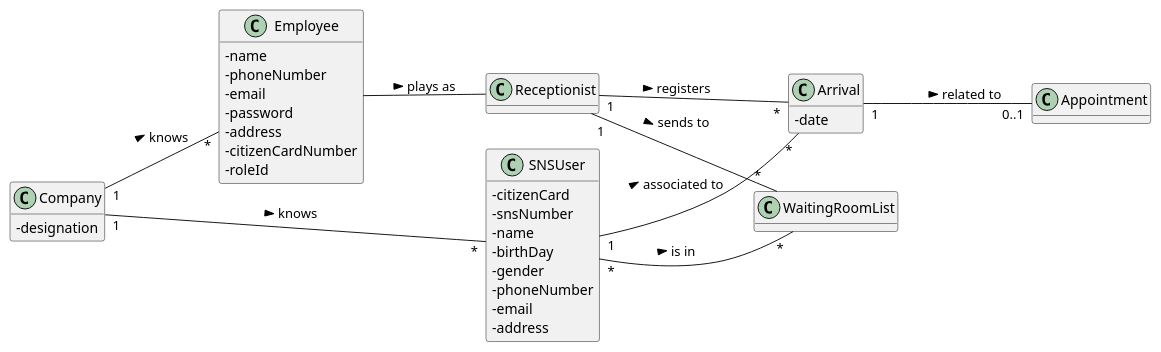
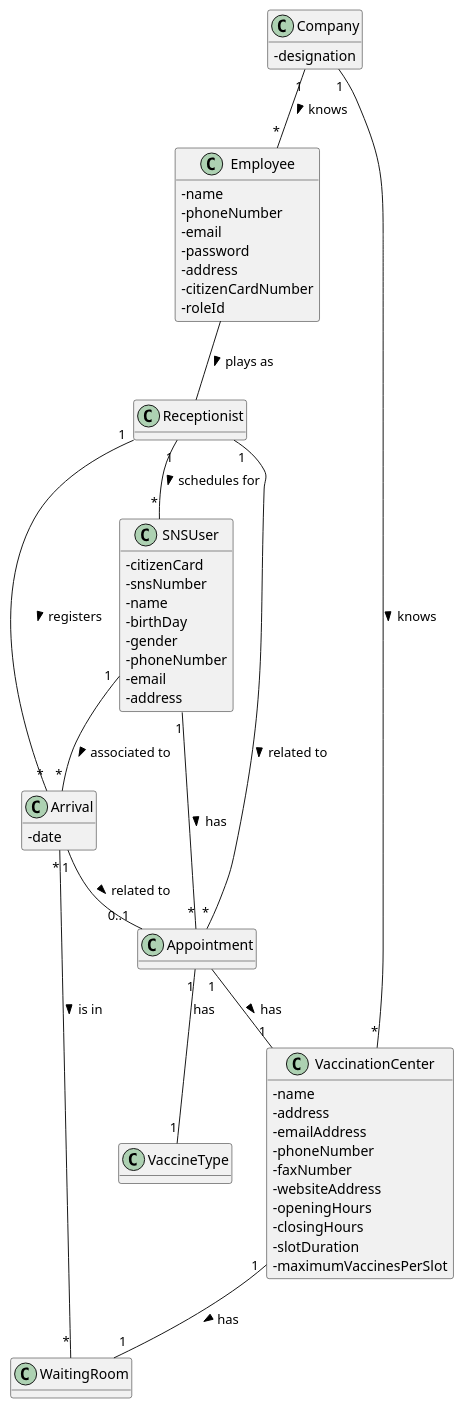
Before and after one commit to miseEnPlace-i/lapr2: the diagram in docs/SprintC/US04/DM/US04_DM.puml, drawn with PlantUML. The commit also changed 1 other file, not shown here.

```diff
--- a/docs/SprintC/US04/DM/US04_DM.puml
+++ b/docs/SprintC/US04/DM/US04_DM.puml
@@ -1,50 +1,71 @@
 @startuml US04_DM
 hide methods
-left to right direction
+' left to right direction
 skinparam classAttributeIconSize 0
+
+class Appointment {}
+
+class Arrival {
+  - date
+}
+
+class Company {
+  - designation
+}
 
 class Employee {
   - name
   - phoneNumber
   - email
   - password
   - address
   - citizenCardNumber
   - roleId
 }
 
 class Receptionist {}
 
-class Arrival {
-  - date
-}
-
-class Appointment {}
-
 class SNSUser {
   - citizenCard
   - snsNumber
   - name
   - birthDay
   - gender
   - phoneNumber
   - email
   - address
 }
 
-class Company {
-  - designation
+class VaccinationCenter {
+  - name
+  - address
+  - emailAddress
+  - phoneNumber
+  - faxNumber
+  - websiteAddress
+  - openingHours
+  - closingHours
+  - slotDuration
+  - maximumVaccinesPerSlot
 }
 
-class WaitingRoomList {}
+class VaccineType {}
+
+class WaitingRoom {}
+
 
 Arrival "1" -- "0..1" Appointment : related to >
+Arrival "*" -- "*" WaitingRoom : is in >
+Appointment "1" -- "1" VaccinationCenter : has >
+Appointment "1" -- "1" VaccineType : has 
 Company "1" -- "*" Employee : knows >
+Company "1" -- "*" VaccinationCenter : knows >
 Employee -- Receptionist : plays as >
-Company "1" -- "*" SNSUser : knows >
+Receptionist "1" -- "*" Appointment : related to >
 Receptionist "1" -- "*" Arrival : registers >
-Receptionist "1" -- "*" WaitingRoomList : sends to >
-SNSUser "*" -- "*" WaitingRoomList : is in >
+Receptionist "1" -- "*" SNSUser : schedules for >
 SNSUser "1" -- "*" Arrival : associated to >
+SNSUser "1" -- "*" Appointment : has >
+VaccinationCenter "1" -- "1" WaitingRoom : has >
 
 @enduml
```
